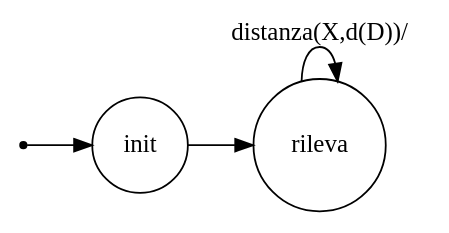
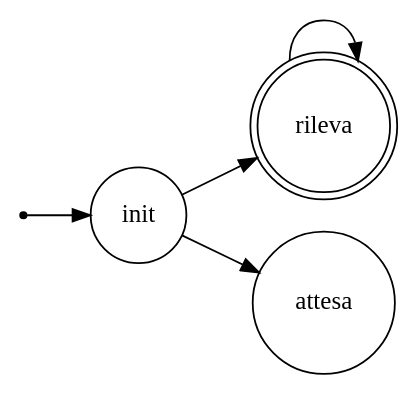
The diagram in Model0/srcMore/it/unibo/sonarb/dotFsm.gv (sabbio93/QRobotEvitaMuri), drawn with Graphviz before and after one commit. The commit also changed 15 other files, not shown here.

```diff
--- a/Model0/srcMore/it/unibo/sonarb/dotFsm.gv
+++ b/Model0/srcMore/it/unibo/sonarb/dotFsm.gv
@@ -1,22 +1,23 @@
 /*
 *
 * A GraphViz DOT FSM description 
 * Please use a GraphViz visualizer (like http://www.webgraphviz.com)
 * 
 * Generated by AM,NC,RM
 *  
 */
  
 digraph finite_state_machine {
   	rankdir=LR;
   	size="8,5"
   	node [shape = point]; iniziale;
-  	node [shape = doublecircle]; 
+  	node [shape = doublecircle]; rileva; 
   	node [shape = circle];
   	iniziale -> init [label = ""];
   	
   	
+  	init -> attesa [ label = ""];
   	init -> rileva [ label = ""];
   	
-  	rileva -> rileva [ label = "distanza(X,d(D))/"];
+  	rileva -> rileva [ label = ""];
 }
```
